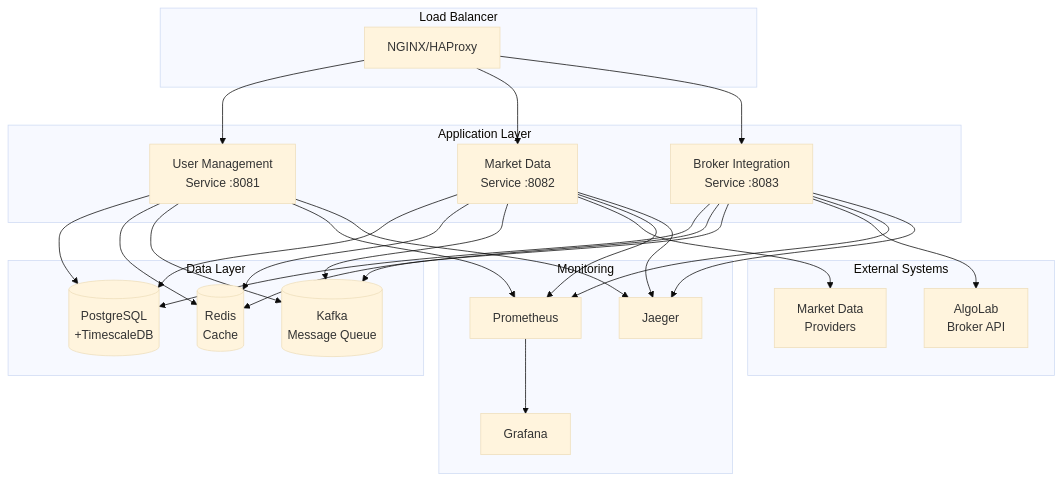
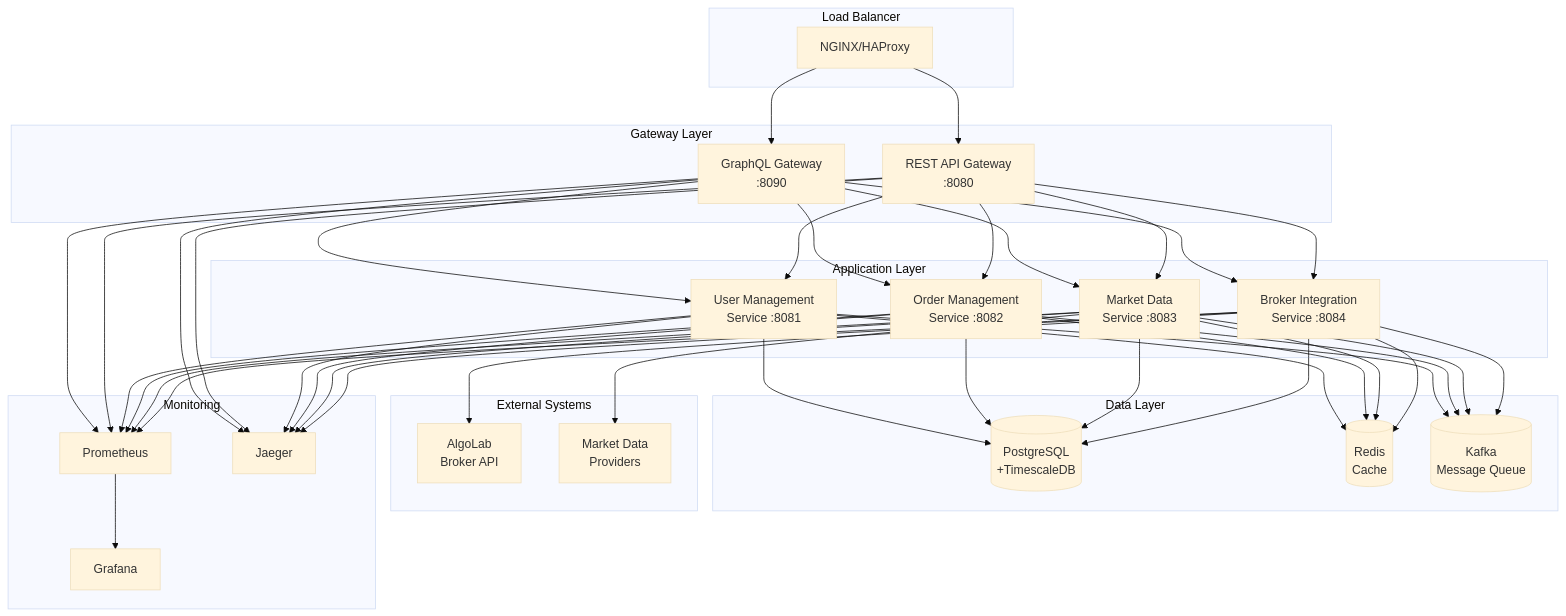
One commit to erdoganonur/bist-trading-platform changed the diagram in README.md. Above: the diagram before and after it, drawn with Mermaid (base theme). The commit also changed other lines of this file and 104 other files, not shown here.

First line of the commit message:
Sprint 4 Completion: GraphQL Gateway Implementation & Complete Documentation Update

````diff
--- a/README.md
+++ b/README.md
@@ -213,56 +238,81 @@
 ```mermaid
 graph TB
     subgraph "Load Balancer"
         LB[NGINX/HAProxy]
     end
 
+    subgraph "Gateway Layer"
+        GQL[GraphQL Gateway<br/>:8090]
+        AGW[REST API Gateway<br/>:8080]
+    end
+
     subgraph "Application Layer"
         US[User Management<br/>Service :8081]
-        MD[Market Data<br/>Service :8082]
-        BI[Broker Integration<br/>Service :8083]
+        OM[Order Management<br/>Service :8082]
+        MD[Market Data<br/>Service :8083]
+        BI[Broker Integration<br/>Service :8084]
     end
 
     subgraph "Data Layer"
         PG[(PostgreSQL<br/>+TimescaleDB)]
         RD[(Redis<br/>Cache)]
         KF[(Kafka<br/>Message Queue)]
     end
 
     subgraph "External Systems"
         AL[AlgoLab<br/>Broker API]
         MS[Market Data<br/>Providers]
     end
 
     subgraph "Monitoring"
         PR[Prometheus]
         GR[Grafana]
         JG[Jaeger]
     end
 
-    LB --> US
-    LB --> MD
-    LB --> BI
+    LB --> GQL
+    LB --> AGW
+
+    GQL --> US
+    GQL --> OM
+    GQL --> MD
+    GQL --> BI
+
+    AGW --> US
+    AGW --> OM
+    AGW --> MD
+    AGW --> BI
 
     US --> PG
     US --> RD
     US --> KF
+
+    OM --> PG
+    OM --> RD
+    OM --> KF
 
     MD --> PG
     MD --> RD
     MD --> KF
     MD --> MS
 
     BI --> PG
     BI --> RD
     BI --> KF
     BI --> AL
 
+    GQL --> PR
+    AGW --> PR
     US --> PR
+    OM --> PR
     MD --> PR
     BI --> PR
 
     PR --> GR
+    GQL --> JG
+    AGW --> JG
     US --> JG
+    OM --> JG
     MD --> JG
     BI --> JG
 ```
````
